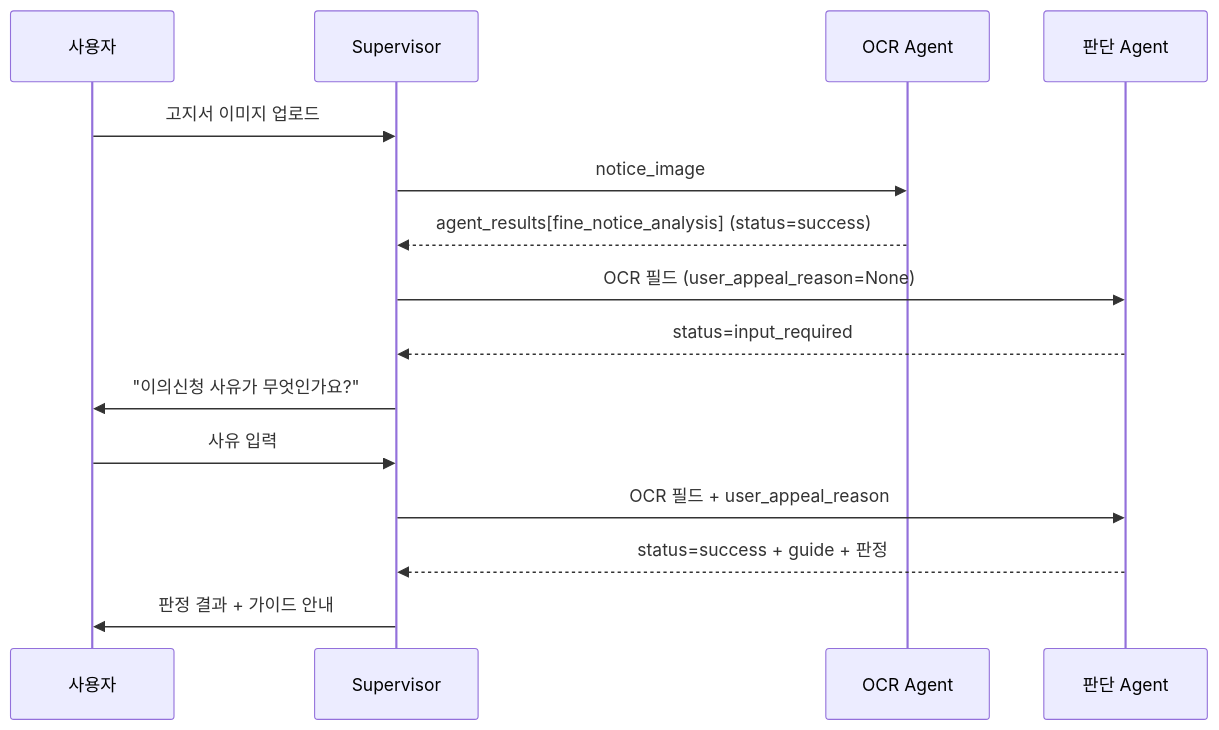
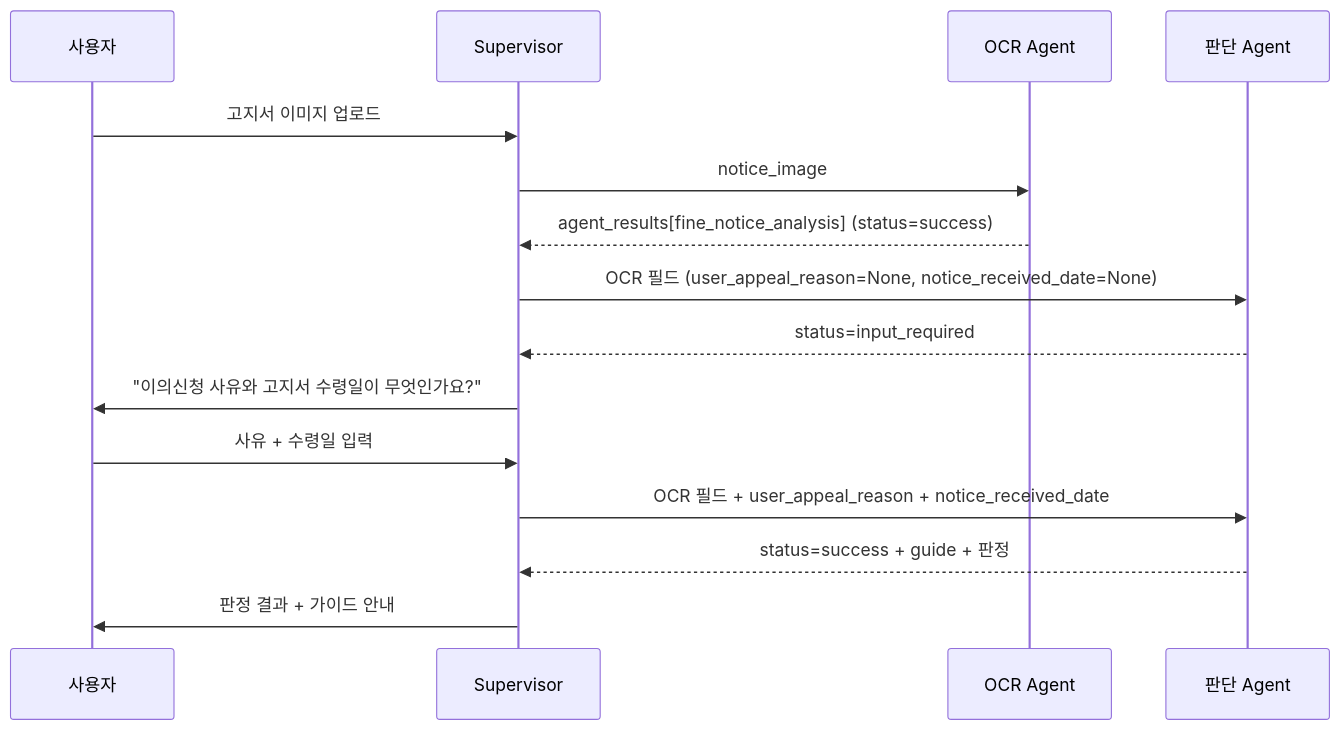
The diagram in 설계문서/03_API인터페이스_설계서.md (SKNETWORKS-FAMILY-AICAMP/SKN27-FINAL-3Team), drawn with Mermaid before and after one commit. The commit also changed other lines of this file and 10 other files, not shown here.

````diff
--- a/설계문서/03_API인터페이스_설계서.md
+++ b/설계문서/03_API인터페이스_설계서.md
@@ -130,18 +154,18 @@
 ```mermaid
 sequenceDiagram
     participant U as 사용자
     participant SV as Supervisor
     participant OCR as OCR Agent
     participant AJ as 판단 Agent
 
     U->>SV: 고지서 이미지 업로드
     SV->>OCR: notice_image
     OCR-->>SV: agent_results[fine_notice_analysis] (status=success)
-    SV->>AJ: OCR 필드 (user_appeal_reason=None)
+    SV->>AJ: OCR 필드 (user_appeal_reason=None, notice_received_date=None)
     AJ-->>SV: status=input_required
-    SV->>U: "이의신청 사유가 무엇인가요?"
-    U->>SV: 사유 입력
-    SV->>AJ: OCR 필드 + user_appeal_reason
+    SV->>U: "이의신청 사유와 고지서 수령일이 무엇인가요?"
+    U->>SV: 사유 + 수령일 입력
+    SV->>AJ: OCR 필드 + user_appeal_reason + notice_received_date
     AJ-->>SV: status=success + guide + 판정
     SV->>U: 판정 결과 + 가이드 안내
 ```
````
